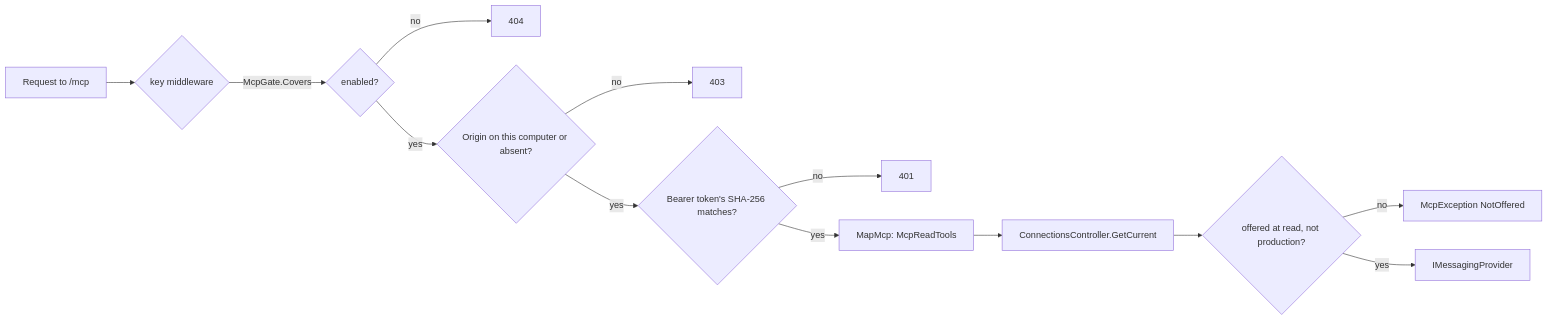
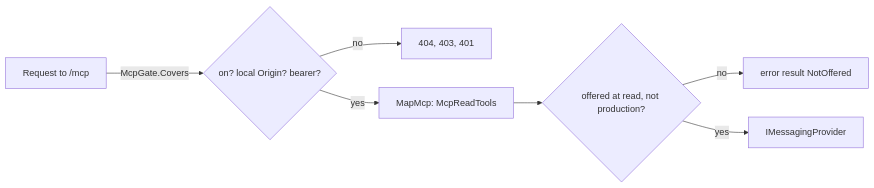
Before and after one commit to vitorafgomes/messaging-explorer: the diagram in context/pages/services/api/mcp-server.md, drawn with Mermaid. The commit also changed other lines of this file and 7 other files, not shown here.

````diff
--- a/context/pages/services/api/mcp-server.md
+++ b/context/pages/services/api/mcp-server.md
@@ -41,15 +43,9 @@
 ```mermaid
 flowchart LR
-    R[Request to /mcp] --> K{key middleware}
-    K -- "McpGate.Covers" --> G1{enabled?}
-    G1 -- no --> N404[404]
-    G1 -- yes --> G2{Origin on this computer or absent?}
-    G2 -- no --> F403[403]
-    G2 -- yes --> G3{Bearer token's SHA-256 matches?}
-    G3 -- no --> U401[401]
-    G3 -- yes --> M[MapMcp: McpReadTools]
-    M --> S["ConnectionsController.GetCurrent"]
-    S --> O{offered at read, not production?}
-    O -- no --> X[McpException NotOffered]
+    R[Request to /mcp] -- "McpGate.Covers" --> G{"on? local Origin? bearer?"}
+    G -- no --> E["404, 403, 401"]
+    G -- yes --> M[MapMcp: McpReadTools]
+    M --> O{offered at read, not production?}
+    O -- no --> X[error result NotOffered]
     O -- yes --> P[IMessagingProvider]
 ```
````
